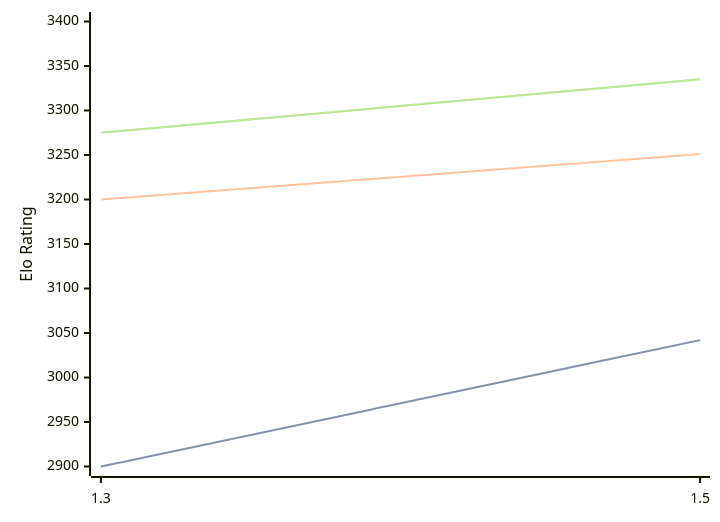
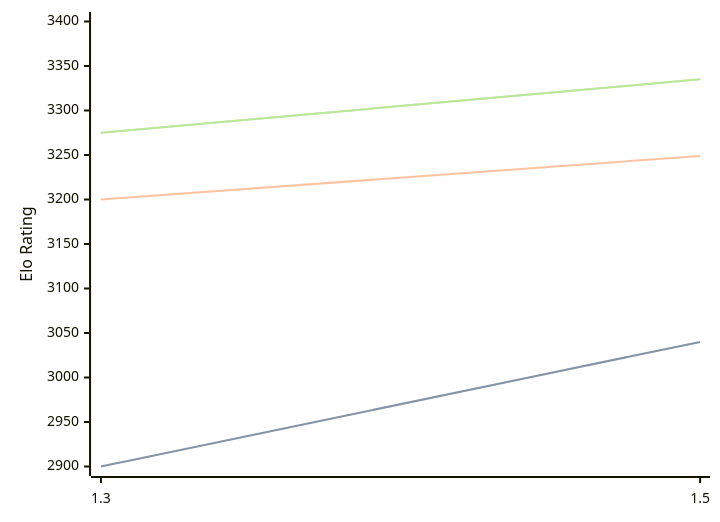
Before and after one commit to computer-chess-index/cci: the third of 3 diagrams in engines/Lambergar.md, drawn with Mermaid. The commit also changed other lines of this file, not shown here.

````diff
--- a/engines/Lambergar.md
+++ b/engines/Lambergar.md
@@ -77,11 +77,11 @@
 ```mermaid
 %%{init: {"theme":"base","themeVariables":{"seriesColors:['#a3a3a3','#222221','#faa371']}}}%%
 xychart-beta
   x-axis ["1.3", "1.5"]
   y-axis "Elo Rating" 2900 --> 3400
-  line "STC (8.0+0.08s)" [2900, 3042]
-  line "STC (8.0+0.08s)" [2900, 3042]
-  line "LTC (60.0+0.60s)" [3200, 3251]
+  line "STC (8.0+0.08s)" [2900, 3040]
+  line "STC (8.0+0.08s)" [2900, 3040]
+  line "LTC (60.0+0.60s)" [3200, 3249]
   line "VLTC (2m24s+1.12s)" [3275, 3335]
   line "VLTC (2m24s+1.12s)" [3275, 3335]
 ```
````
